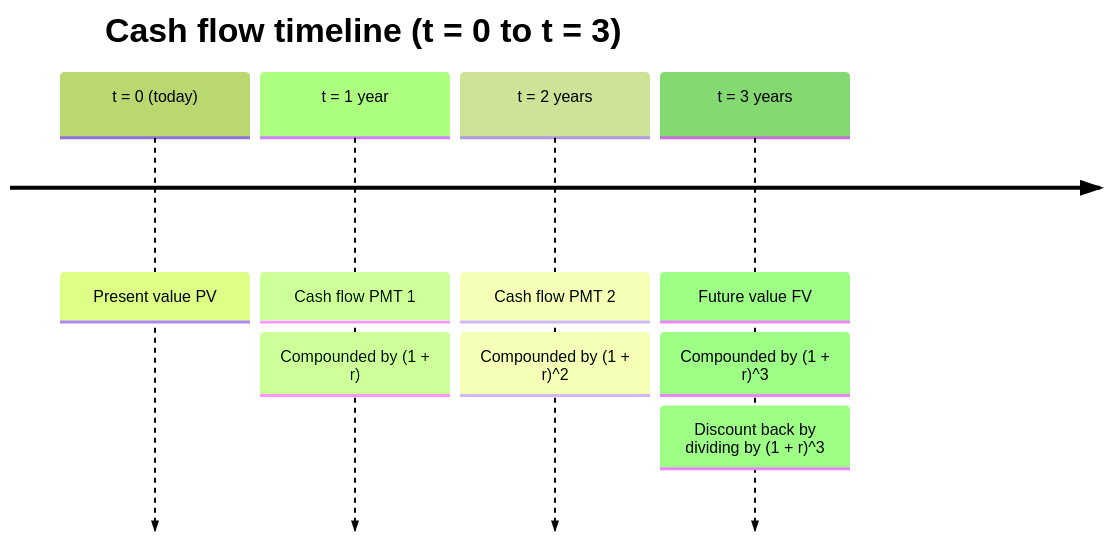
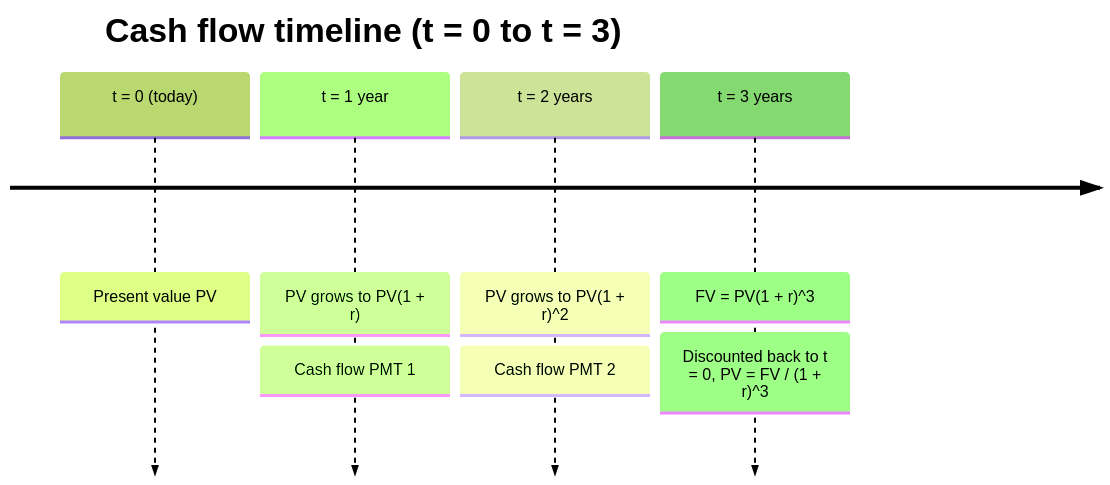
One commit to amateurcoder015/finance-fundamentals-learning-site changed the diagram in src/content/topics/time-value-of-money/diagram.mmd. Above: the diagram before and after it, drawn with Mermaid (forest theme). The commit also changed 3 other files, not shown here.

Commit message:
fix(diagrams): TVM timeline wording, drop duplicate numbering, stricter extra-diagram validation

```diff
--- a/src/content/topics/time-value-of-money/diagram.mmd
+++ b/src/content/topics/time-value-of-money/diagram.mmd
@@ -1,6 +1,7 @@
 timeline
     title Cash flow timeline (t = 0 to t = 3)
     t = 0 (today) : Present value PV
-    t = 1 year : Cash flow PMT 1 : Compounded by (1 + r)
-    t = 2 years : Cash flow PMT 2 : Compounded by (1 + r)^2
-    t = 3 years : Future value FV : Compounded by (1 + r)^3 : Discount back by dividing by (1 + r)^3
+    t = 1 year : PV grows to PV(1 + r) : Cash flow PMT 1
+    t = 2 years : PV grows to PV(1 + r)^2 : Cash flow PMT 2
+    t = 3 years : FV = PV(1 + r)^3
+                : Discounted back to t = 0, PV = FV / (1 + r)^3
```
